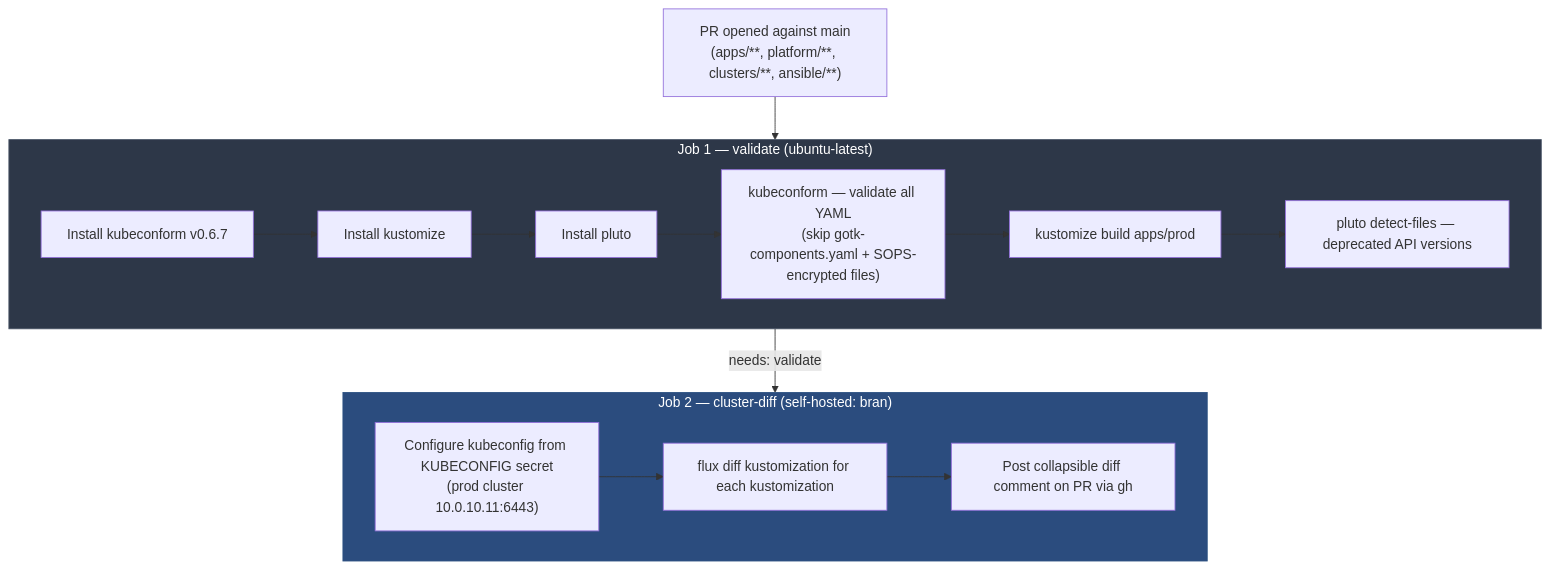
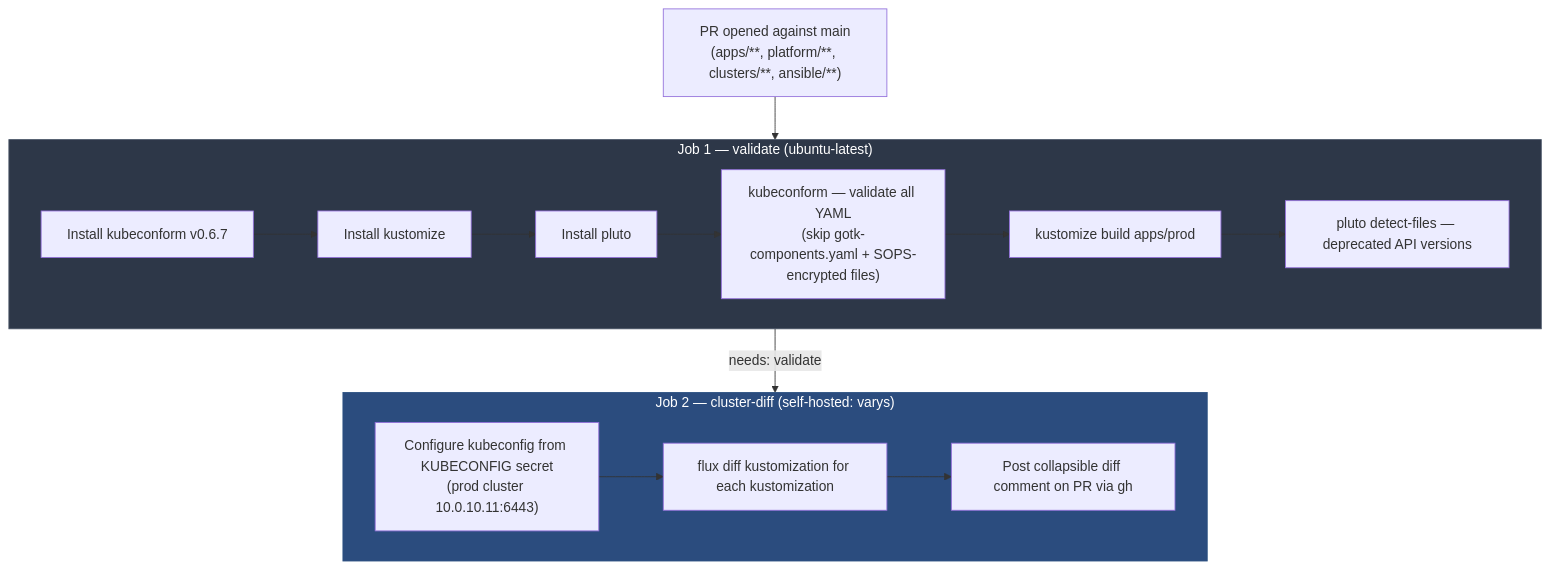
One commit to Kagiso-me/homelab-infrastructure changed the second of 3 diagrams in docs/guides/04-Flux-GitOps.md. Above: the diagram before and after it, drawn with Mermaid. The commit also changed other lines of this file and 33 other files, not shown here.

````diff
--- a/docs/guides/04-Flux-GitOps.md
+++ b/docs/guides/04-Flux-GitOps.md
@@ -155,27 +155,27 @@
 ```mermaid
 flowchart TD
     PR["PR opened against main\n(apps/**, platform/**, clusters/**, ansible/**)"]
     PR --> J1
 
     subgraph J1["Job 1 — validate (ubuntu-latest)"]
         V1["Install kubeconform v0.6.7"]
         V2["Install kustomize"]
         V3["Install pluto"]
         V4["kubeconform — validate all YAML\n(skip gotk-components.yaml + SOPS-encrypted files)"]
         V5["kustomize build apps/prod"]
         V6["pluto detect-files — deprecated API versions"]
         V1 --> V2 --> V3 --> V4 --> V5 --> V6
     end
 
     J1 -->|needs: validate| J2
 
-    subgraph J2["Job 2 — cluster-diff (self-hosted: bran)"]
+    subgraph J2["Job 2 — cluster-diff (self-hosted: varys)"]
         D1["Configure kubeconfig from KUBECONFIG secret\n(prod cluster 10.0.10.11:6443)"]
         D2["flux diff kustomization for each kustomization"]
         D3["Post collapsible diff comment on PR via gh"]
         D1 --> D2 --> D3
     end
 
     style J1 fill:#2d3748,color:#fff,stroke:#4a5568
     style J2 fill:#2b4c7e,color:#fff,stroke:#2c5282
 ```
````
